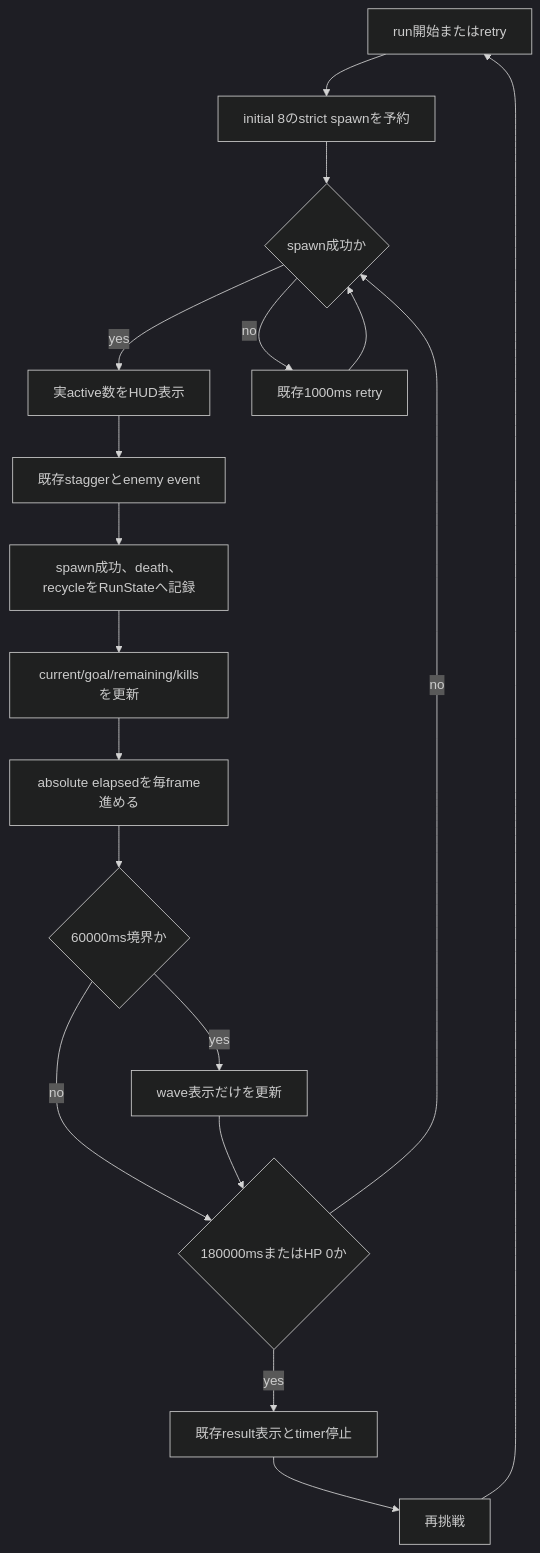
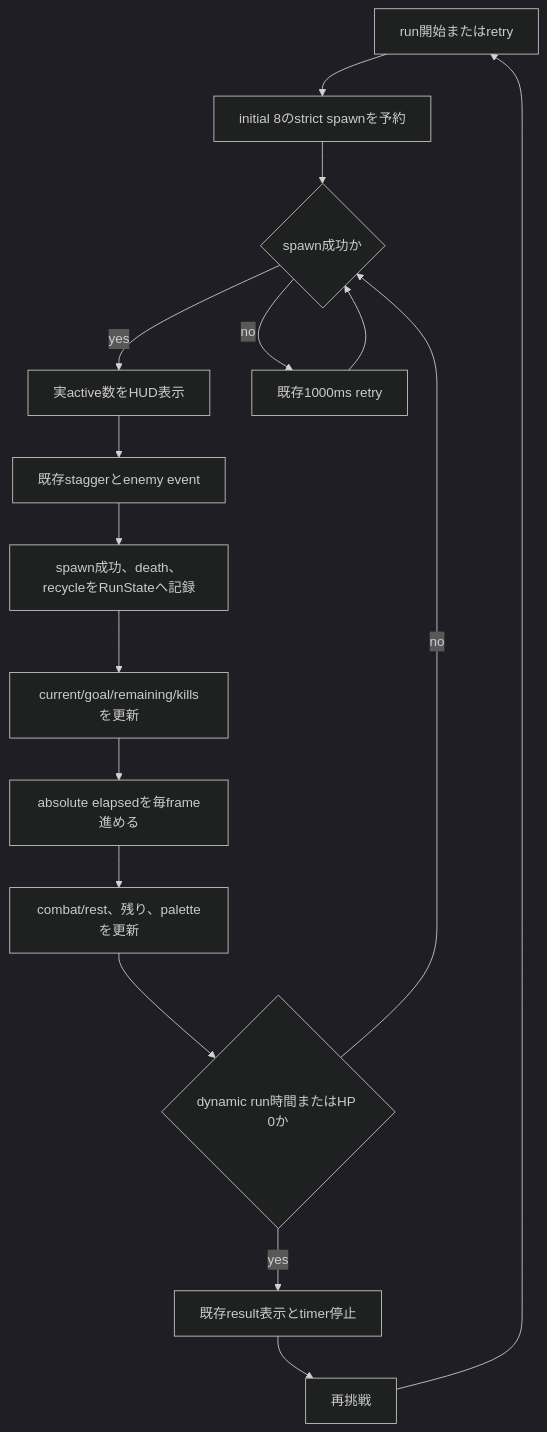
Before and after one commit to WFrog2511/2d-coop-survival: the first of 2 diagrams in docs/40_design/detail/wave-progression-v1.md, drawn with Mermaid (dark theme). The commit also changed other lines of this file and 24 other files, not shown here.

```diff
--- a/docs/40_design/detail/wave-progression-v1.md
+++ b/docs/40_design/detail/wave-progression-v1.md
@@ -71,20 +62,18 @@
 ~~~mermaid
 flowchart TD
   start[run開始またはretry] --> initial[initial 8のstrict spawnを予約]
   initial --> spawn{spawn成功か}
   spawn -->|yes| hud1[実active数をHUD表示]
   spawn -->|no| retrySpawn[既存1000ms retry]
   retrySpawn --> spawn
   hud1 --> stagger[既存staggerとenemy event]
   stagger --> state[spawn成功、death、recycleをRunStateへ記録]
   state --> hud2[current/goal/remaining/killsを更新]
   hud2 --> time[absolute elapsedを毎frame進める]
-  time --> boundary{60000ms境界か}
-  boundary -->|yes| wave[wave表示だけを更新]
-  boundary -->|no| terminal
-  wave --> terminal{180000msまたはHP 0か}
+  time --> phase[combat/rest、残り、paletteを更新]
+  phase --> terminal{dynamic run時間またはHP 0か}
   terminal -->|no| spawn
   terminal -->|yes| result[既存result表示とtimer停止]
   result --> retry[再挑戦]
   retry --> start
 ~~~
```
